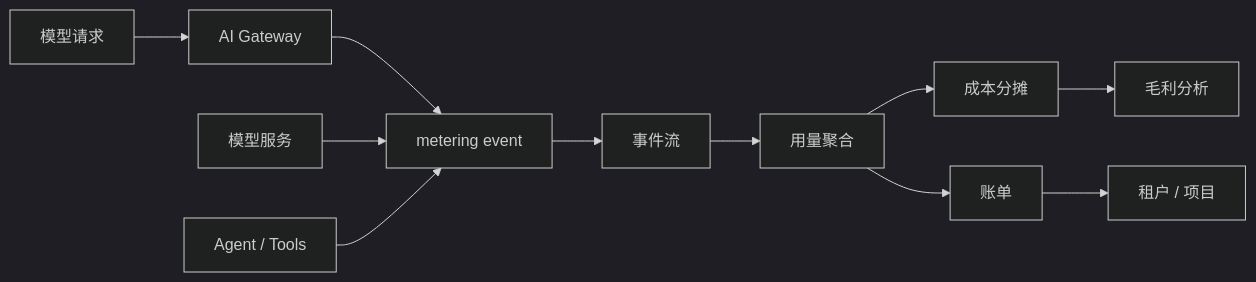
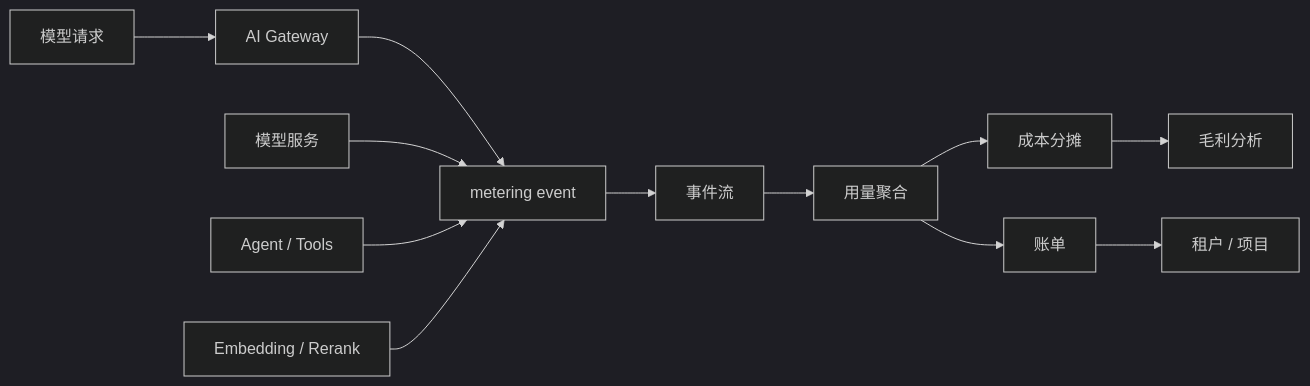
One commit to ikingye/ai-factory-engineering changed the diagram in docs/part-02-platform/chapter-07-metering-billing.md. Above: the diagram before and after it, drawn with Mermaid (dark theme). The commit also changed other lines of this file and 3 other files, not shown here.

````diff
--- a/docs/part-02-platform/chapter-07-metering-billing.md
+++ b/docs/part-02-platform/chapter-07-metering-billing.md
@@ -23,13 +41,14 @@
 ```mermaid
 flowchart LR
   Req["模型请求"] --> Gateway["AI Gateway"]
   Gateway --> Meter["metering event"]
   Model["模型服务"] --> Meter
   Agent["Agent / Tools"] --> Meter
+  RAG["Embedding / Rerank"] --> Meter
   Meter --> Stream["事件流"]
   Stream --> Usage["用量聚合"]
   Usage --> Cost["成本分摊"]
   Usage --> Bill["账单"]
   Cost --> Margin["毛利分析"]
   Bill --> Tenant["租户 / 项目"]
 ```
````
